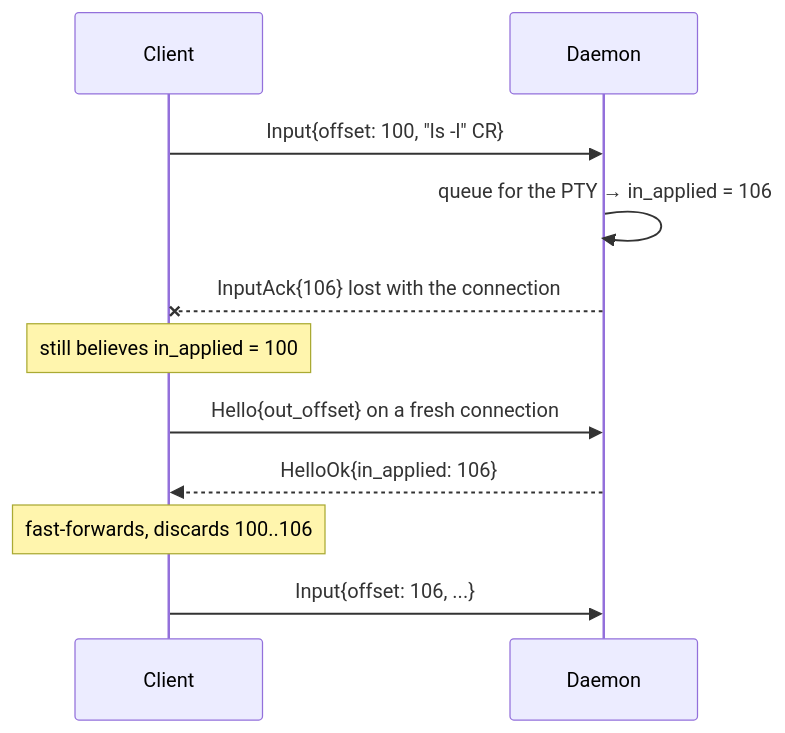
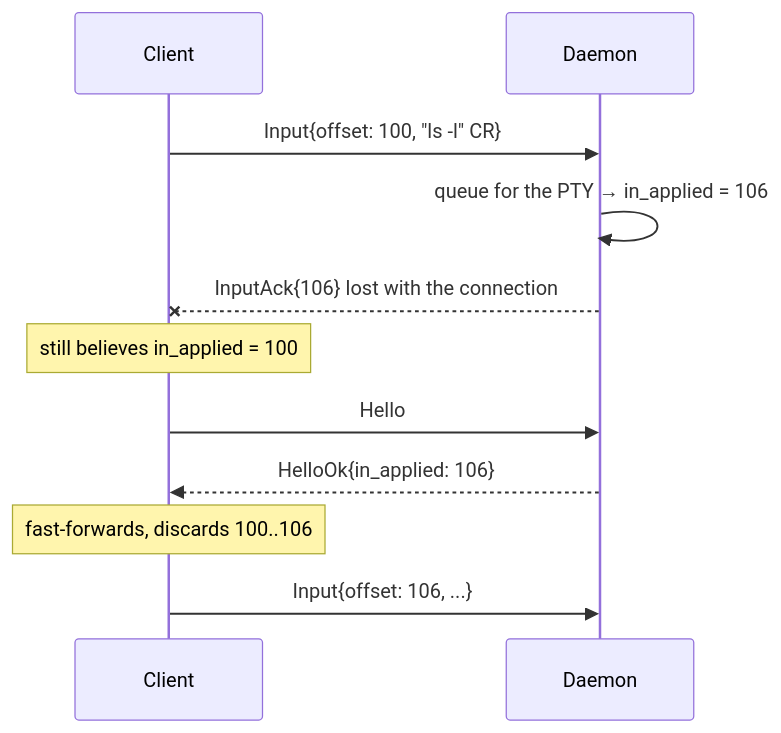
The first of 4 diagrams in IMPLEMENTATION.md (fornwall/nomux), drawn with Mermaid before and after one commit. The commit also changed other lines of this file, not shown here.

````diff
--- a/IMPLEMENTATION.md
+++ b/IMPLEMENTATION.md
@@ -130,13 +141,13 @@
 ```mermaid
 sequenceDiagram
   participant C as Client
   participant D as Daemon
   C->>D: Input{offset: 100, "ls -l" CR}
   D->>D: queue for the PTY → in_applied = 106
   D--xC: InputAck{106} lost with the connection
   Note over C: still believes in_applied = 100
-  C->>D: Hello{out_offset} on a fresh connection
+  C->>D: Hello
   D-->>C: HelloOk{in_applied: 106}
   Note over C: fast-forwards, discards 100..106
   C->>D: Input{offset: 106, ...}
 ```
````
